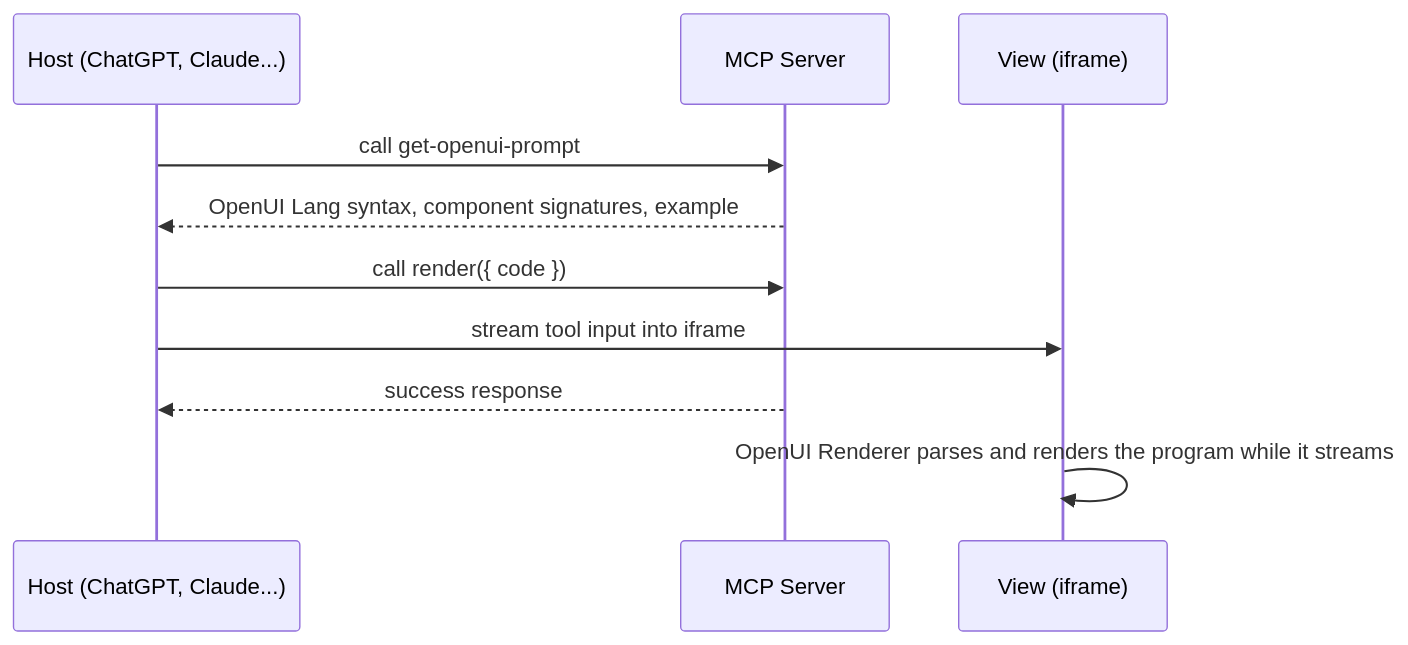
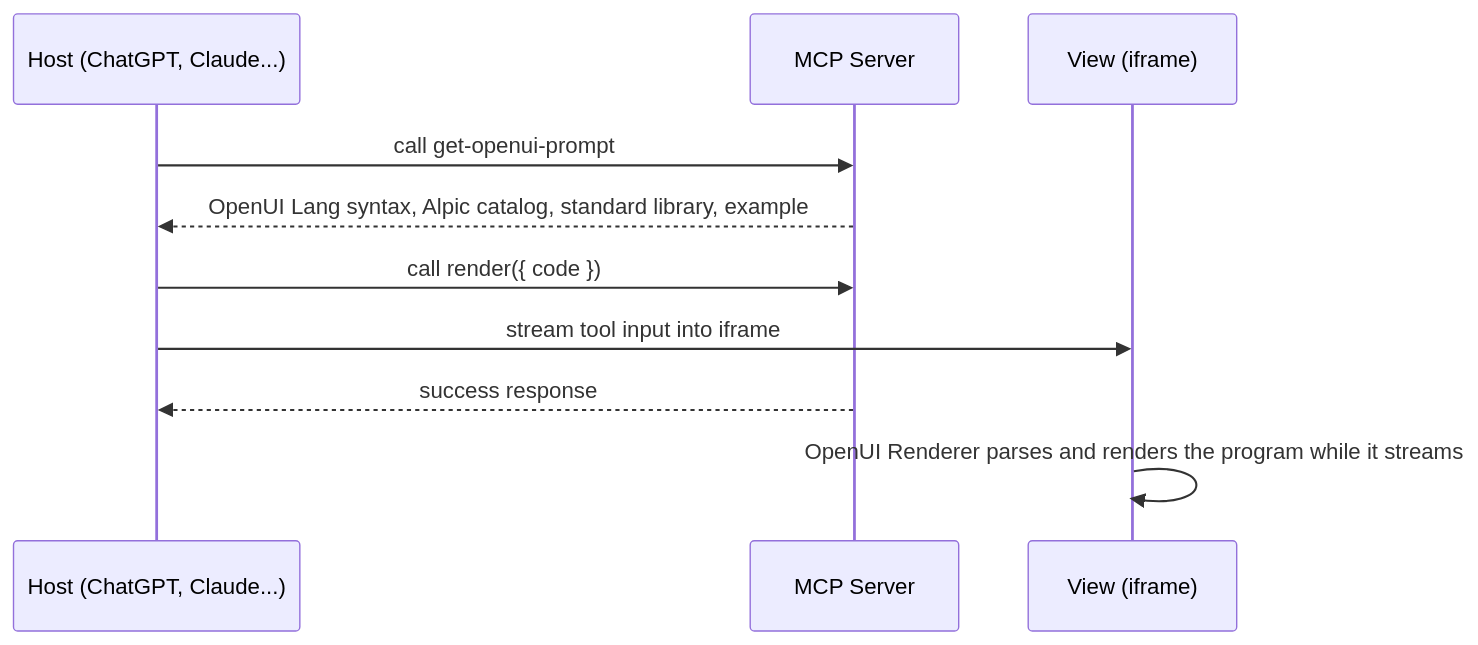
The diagram in examples/openui-generative-ui/README.md (alpic-ai/skybridge), drawn with Mermaid before and after one commit. The commit also changed other lines of this file and 7 other files, not shown here.

First line of the commit message:
feat(openui-generative-ui): add Alpic custom OpenUI catalog

````diff
--- a/examples/openui-generative-ui/README.md
+++ b/examples/openui-generative-ui/README.md
@@ -9,14 +11,14 @@
 ```mermaid
 sequenceDiagram
     participant Host as Host (ChatGPT, Claude...)
     participant Server as MCP Server
     participant View as View (iframe)
 
     Host->>Server: call get-openui-prompt
-    Server-->>Host: OpenUI Lang syntax, component signatures, example
+    Server-->>Host: OpenUI Lang syntax, Alpic catalog, standard library, example
 
     Host->>Server: call render({ code })
     Host->>View: stream tool input into iframe
     Server-->>Host: success response
     View->>View: OpenUI Renderer parses and renders the program while it streams
 ```
````
